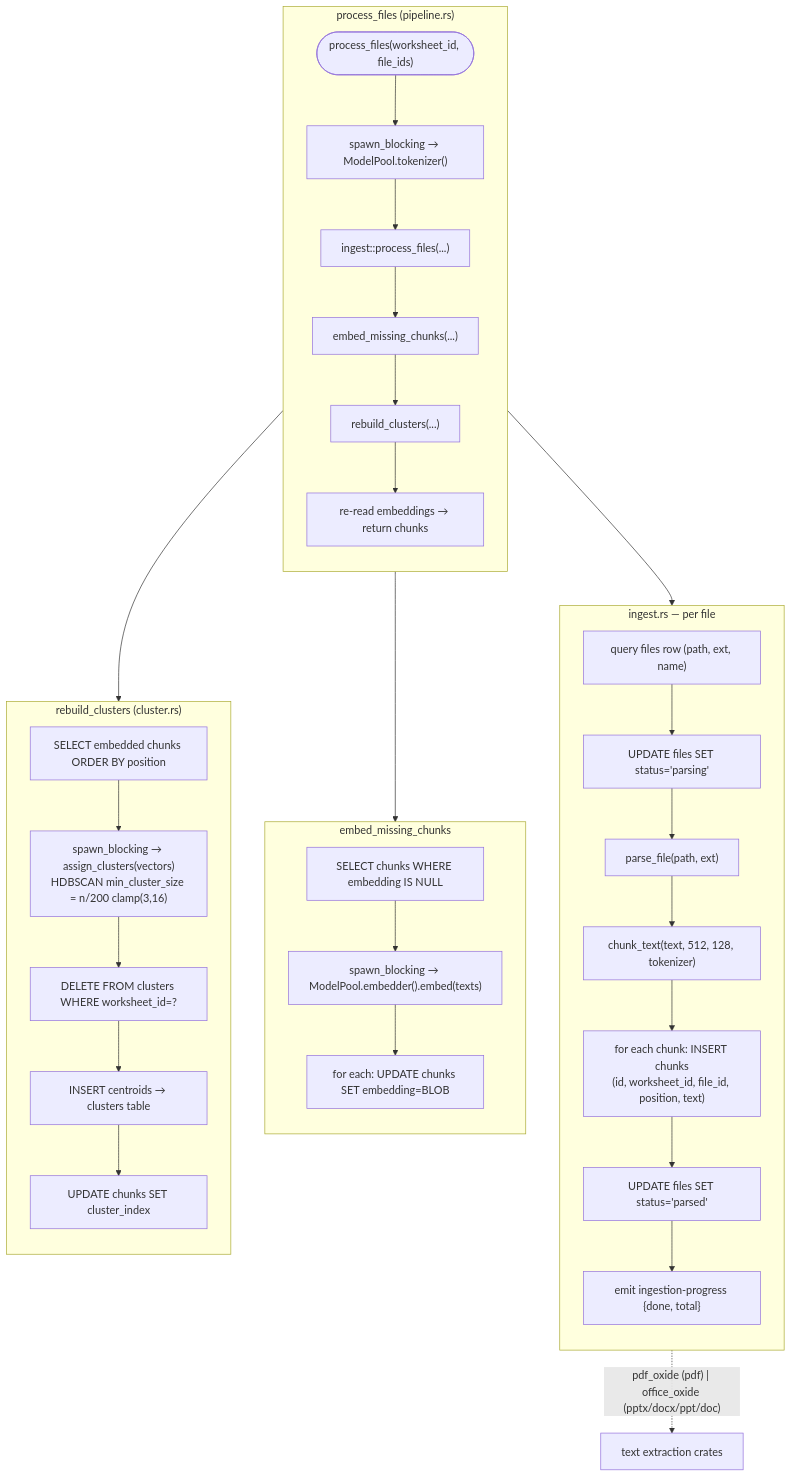
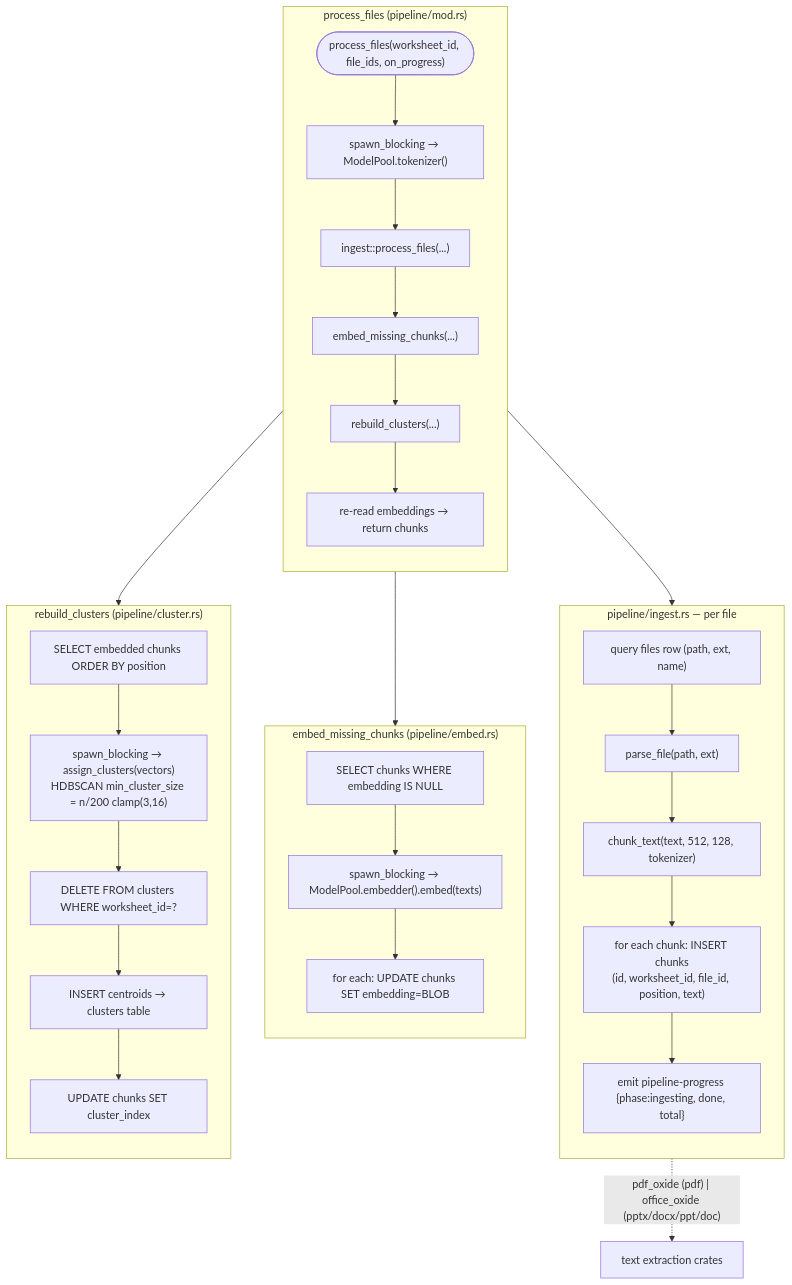
The diagram in docs/diagrams/ingestion.md (michaelhpet/worxheet), drawn with Mermaid before and after one commit. The commit also changed other lines of this file and 45 other files, not shown here.

````diff
--- a/docs/diagrams/ingestion.md
+++ b/docs/diagrams/ingestion.md
@@ -7,55 +8,53 @@
 ```mermaid
 flowchart TB
-    subgraph PROCESS_FILES["process_files (pipeline.rs)"]
+    subgraph PROCESS_FILES["process_files (pipeline/mod.rs)"]
         direction TB
-        START(["process_files(worksheet_id, file_ids)"])
+        START(["process_files(worksheet_id, file_ids, on_progress)"])
         TOK["spawn_blocking → ModelPool.tokenizer()"]
         INGEST["ingest::process_files(...)"]
         EMBED["embed_missing_chunks(...)"]
         CLUSTER["rebuild_clusters(...)"]
         REFRESH["re-read embeddings → return chunks"]
 
         START --> TOK --> INGEST --> EMBED --> CLUSTER --> REFRESH
     end
 
-    subgraph INGEST_MOD["ingest.rs — per file"]
+    subgraph INGEST_MOD["pipeline/ingest.rs — per file"]
         direction TB
         QF["query files row (path, ext, name)"]
-        ST1["UPDATE files SET status='parsing'"]
         PARSE["parse_file(path, ext)"]
         CHUNK["chunk_text(text, 512, 128, tokenizer)"]
         INSERT["for each chunk: INSERT chunks<br/>(id, worksheet_id, file_id, position, text)"]
-        ST2["UPDATE files SET status='parsed'"]
-        PROG["emit ingestion-progress {done, total}"]
+        PROG["emit pipeline-progress {phase:ingesting, done, total}"]
 
-        QF --> ST1 --> PARSE --> CHUNK --> INSERT --> ST2 --> PROG
+        QF --> PARSE --> CHUNK --> INSERT --> PROG
     end
 
     INGEST --> QF
 
-    subgraph EMBED_MOD["embed_missing_chunks"]
+    subgraph EMBED_MOD["embed_missing_chunks (pipeline/embed.rs)"]
         direction TB
         QN["SELECT chunks WHERE embedding IS NULL"]
         BEMB["spawn_blocking → ModelPool.embedder().embed(texts)"]
         UP["for each: UPDATE chunks SET embedding=BLOB"]
 
         QN --> BEMB --> UP
     end
 
     EMBED --> QN
 
-    subgraph CLUSTER_MOD["rebuild_clusters (cluster.rs)"]
+    subgraph CLUSTER_MOD["rebuild_clusters (pipeline/cluster.rs)"]
         direction TB
         QE["SELECT embedded chunks ORDER BY position"]
         HDB["spawn_blocking → assign_clusters(vectors)<br/>HDBSCAN min_cluster_size = n/200 clamp(3,16)"]
         CLEAR["DELETE FROM clusters WHERE worksheet_id=?"]
         PERSIST["INSERT centroids → clusters table"]
         LABEL["UPDATE chunks SET cluster_index"]
 
         QE --> HDB --> CLEAR --> PERSIST --> LABEL
     end
 
     CLUSTER --> QE
 
     PARSE -. "pdf_oxide (pdf) | office_oxide (pptx/docx/ppt/doc)" .-> PARSERS["text extraction crates"]
 ```
````
